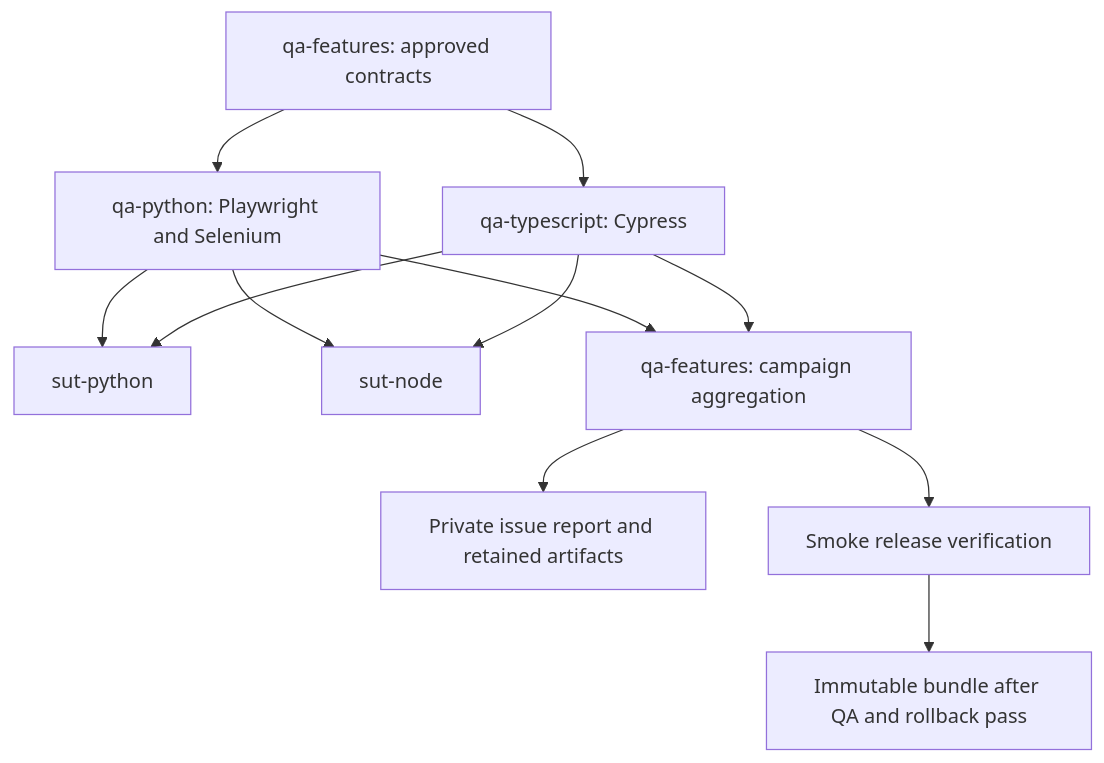
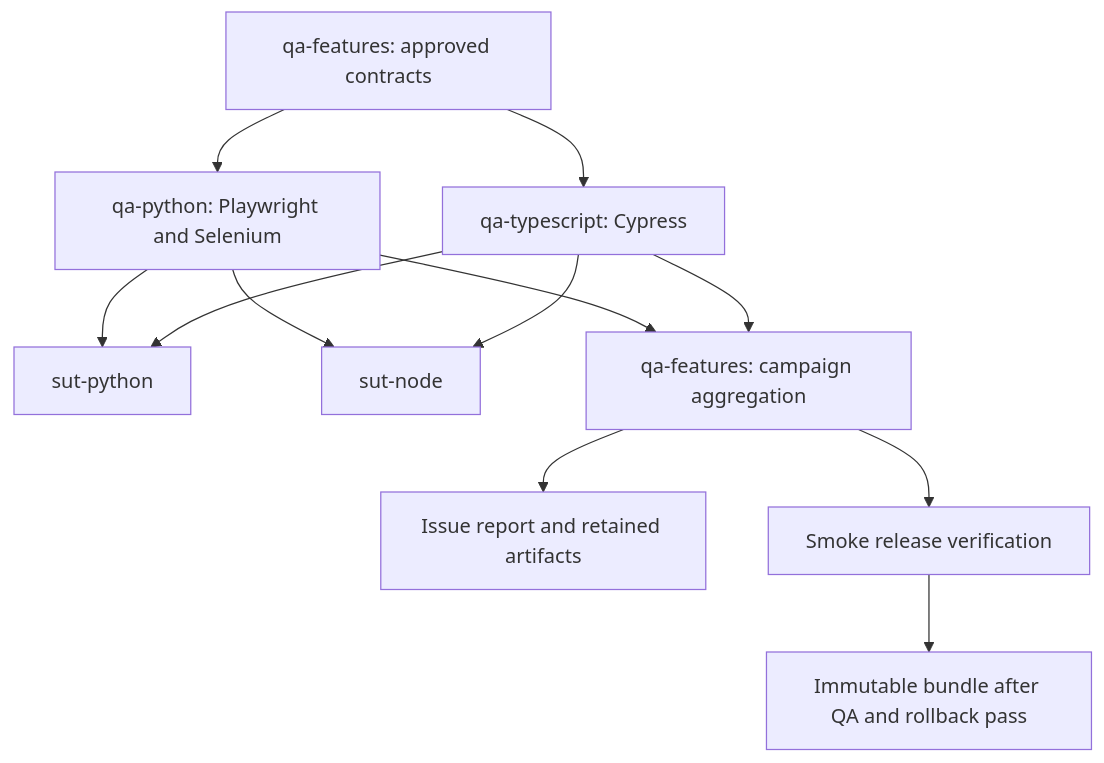
The first of 2 diagrams in README.md (camiloavilacm/qa-features), drawn with Mermaid before and after one commit. The commit also changed other lines of this file and 17 other files, not shown here.

````diff
--- a/README.md
+++ b/README.md
@@ -42,14 +46,14 @@
 ```mermaid
 flowchart TD
     F[qa-features: approved contracts] --> P[qa-python: Playwright and Selenium]
     F --> T[qa-typescript: Cypress]
     P --> S1[sut-python]
     P --> S2[sut-node]
     T --> S1
     T --> S2
     P --> A[qa-features: campaign aggregation]
     T --> A
-    A --> R[Private issue report and retained artifacts]
+    A --> R[Issue report and retained artifacts]
     A --> G[Smoke release verification]
     G --> B[Immutable bundle after QA and rollback pass]
 ```
````
